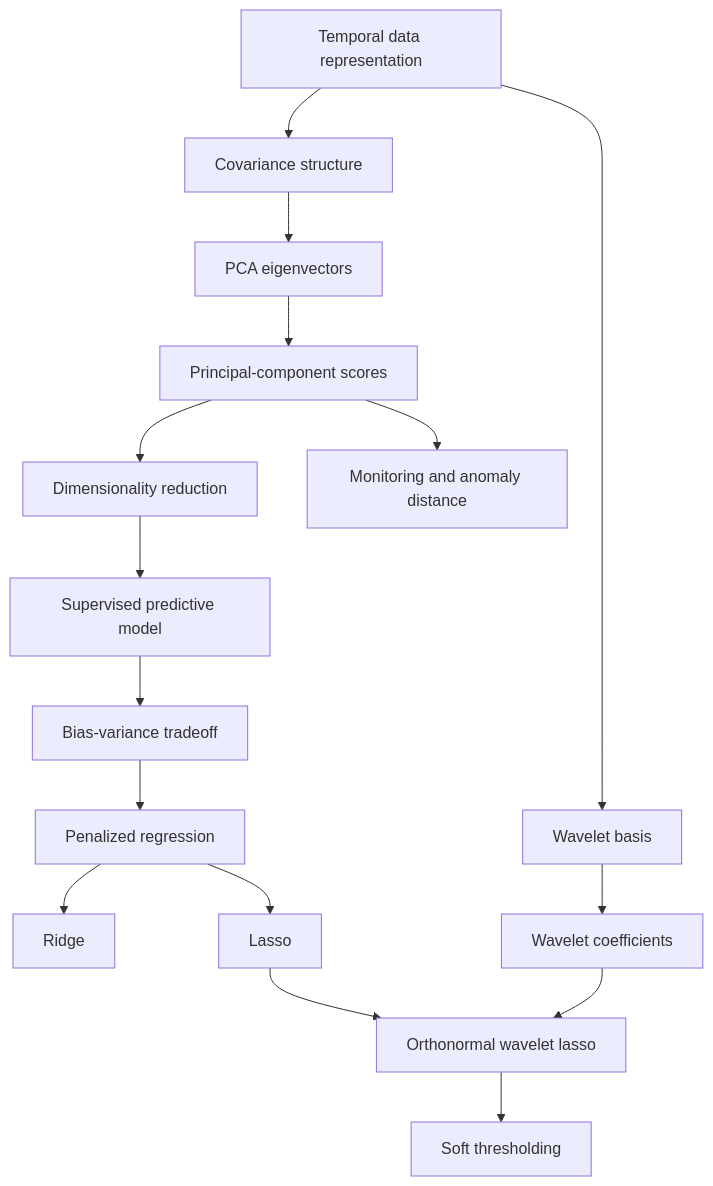
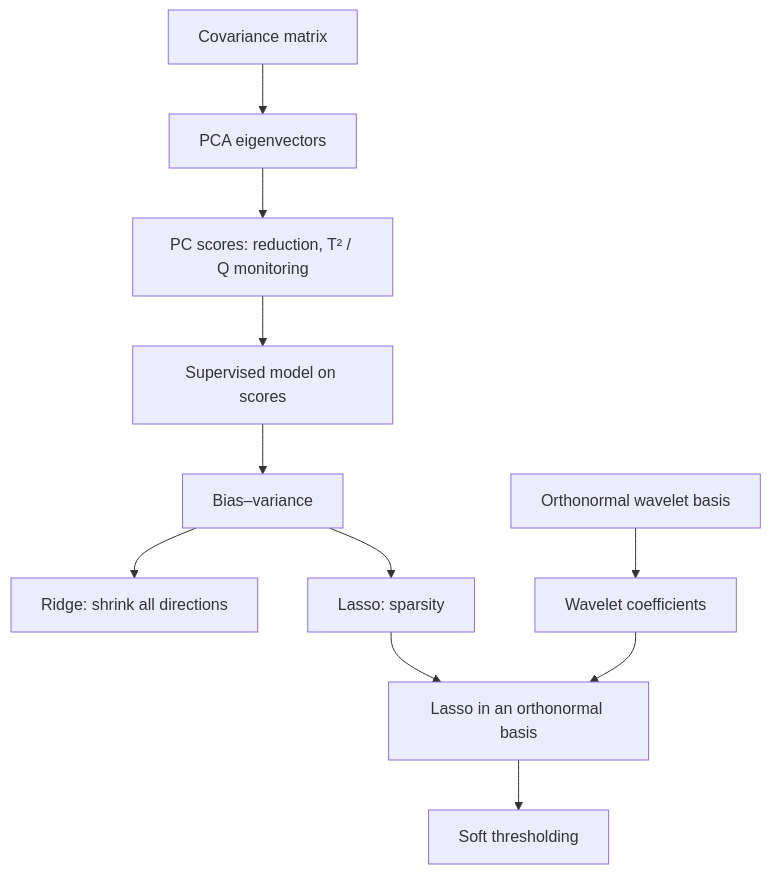
One commit to hhsieh14/AI-courses-notes-reader changed the second of 5 diagrams in courses/modern-temporal-learning/reference/concept_dependencies.md. Above: the diagram before and after it, drawn with Mermaid. The commit also changed other lines of this file and 20 other files, not shown here.

````diff
--- a/courses/modern-temporal-learning/reference/concept_dependencies.md
+++ b/courses/modern-temporal-learning/reference/concept_dependencies.md
@@ -3,20 +52,13 @@
 ```mermaid
 flowchart TD
-    A[Temporal data representation] --> B[Wavelet basis]
-    A --> C[Covariance structure]
-    C --> D[PCA eigenvectors]
-    D --> E[Principal-component scores]
-    E --> F[Dimensionality reduction]
-    E --> G[Monitoring and anomaly distance]
-
-    F --> H[Supervised predictive model]
-    H --> I[Bias-variance tradeoff]
-    I --> J[Penalized regression]
-    J --> K[Ridge]
-    J --> L[Lasso]
-
-    B --> M[Wavelet coefficients]
-    L --> N[Orthonormal wavelet lasso]
-    M --> N
-    N --> O[Soft thresholding]
+    A[Covariance matrix] --> B[PCA eigenvectors]
+    B --> C[PC scores: reduction, T² / Q monitoring]
+    C --> D[Supervised model on scores]
+    D --> E[Bias–variance]
+    E --> F[Ridge: shrink all directions]
+    E --> G[Lasso: sparsity]
+    H[Orthonormal wavelet basis] --> I[Wavelet coefficients]
+    G --> J[Lasso in an orthonormal basis]
+    I --> J
+    J --> K[Soft thresholding]
 ```
````
